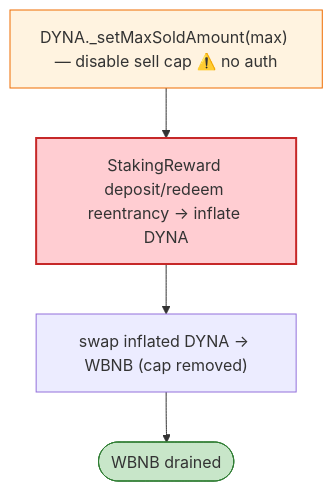
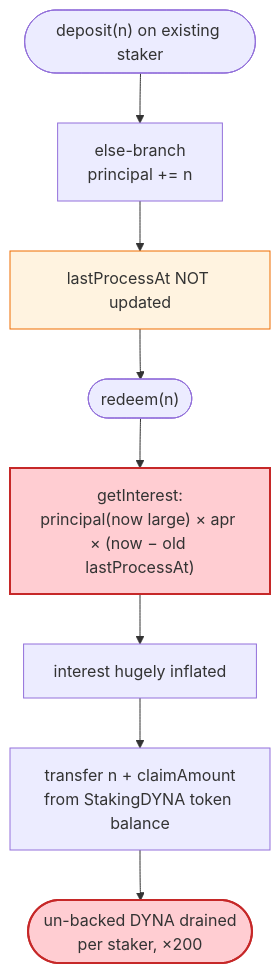
One commit to sanbir/evm-hack-registry changed the third of 3 diagrams in 2023-02-DYNA_exp/DYNA_exp.md. Above: the diagram before and after it, drawn with Mermaid. The commit also changed other lines of this file and 52 other files, not shown here.

````diff
--- a/2023-02-DYNA_exp/DYNA_exp.md
+++ b/2023-02-DYNA_exp/DYNA_exp.md
@@ -41,10 +356,14 @@
 ```mermaid
 flowchart TD
-    S["DYNA._setMaxSoldAmount(max) — disable sell cap ⚠️ no auth"] --> ST["StakingReward deposit/redeem reentrancy → inflate DYNA"]
-    ST --> SW["swap inflated DYNA → WBNB (cap removed)"]
-    SW --> OUT(["WBNB drained"])
+    Start(["deposit(n) on existing staker"]) --> Else["else-branch<br/>principal += n"]
+    Else --> NoUpdate["lastProcessAt NOT updated"]
+    NoUpdate --> Redeem(["redeem(n)"])
+    Redeem --> GI["getInterest:<br/>principal(now large) × apr × (now − old lastProcessAt)"]
+    GI --> Big["interest hugely inflated"]
+    Big --> Payout["transfer n + claimAmount<br/>from StakingDYNA token balance"]
+    Payout --> Drain(["un-backed DYNA drained<br/>per staker, ×200"])
 
-    style S fill:#fff3e0,stroke:#ef6c00
-    style ST fill:#ffcdd2,stroke:#c62828,stroke-width:2px
-    style OUT fill:#c8e6c9,stroke:#2e7d32
+    style NoUpdate fill:#fff3e0,stroke:#ef6c00
+    style GI fill:#ffcdd2,stroke:#c62828,stroke-width:2px
+    style Drain fill:#ffcdd2,stroke:#c62828,stroke-width:2px
 ```
````
